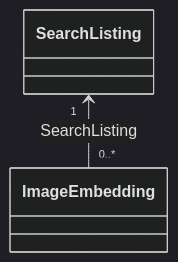
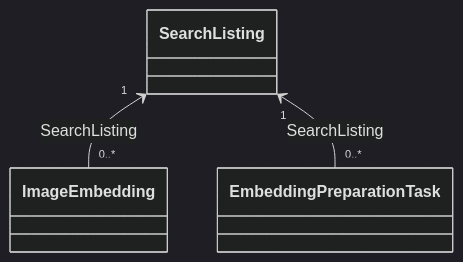
Before and after one commit to bogdan-spilevoi/ASET-master-year-1: the diagram in src/Services/Matching/SmartLost.MatchingService.Modeling/README.md, drawn with Mermaid (dark theme). The commit also changed other lines of this file and 37 other files, not shown here.

````diff
--- a/src/Services/Matching/SmartLost.MatchingService.Modeling/README.md
+++ b/src/Services/Matching/SmartLost.MatchingService.Modeling/README.md
@@ -35,4 +36,5 @@
 ```mermaid
 classDiagram
     SearchListing "1" <-- "0..*" ImageEmbedding : SearchListing
+    SearchListing "1" <-- "0..*" EmbeddingPreparationTask : SearchListing
 ```
````
